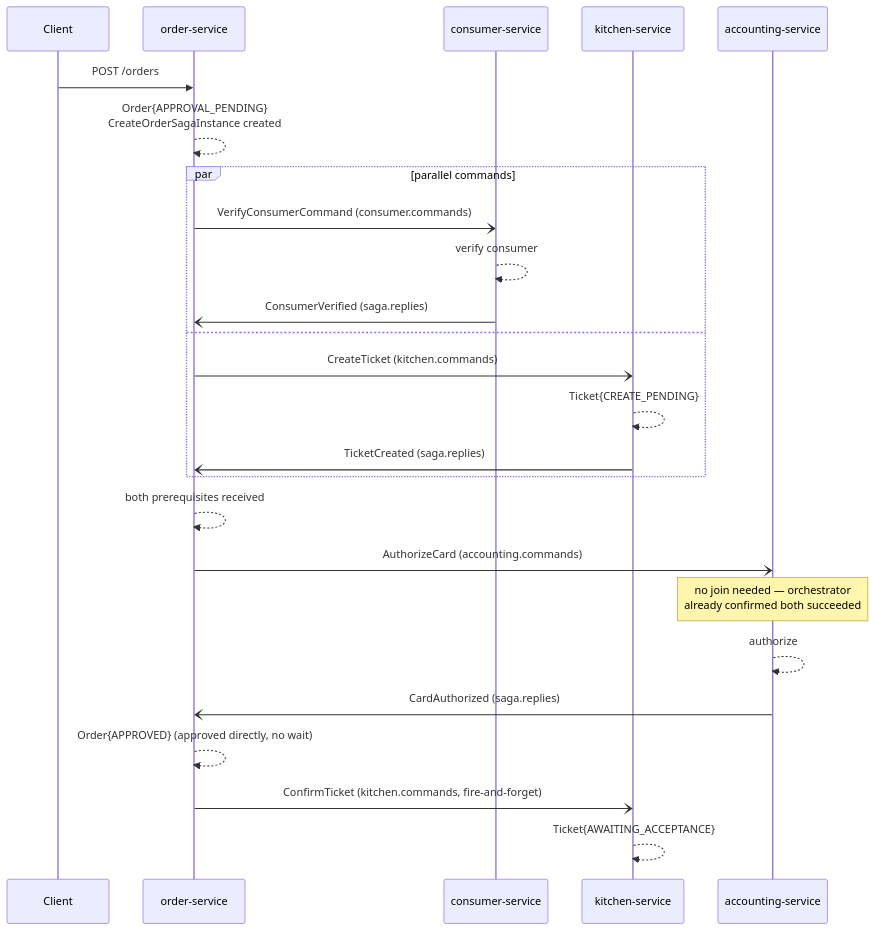
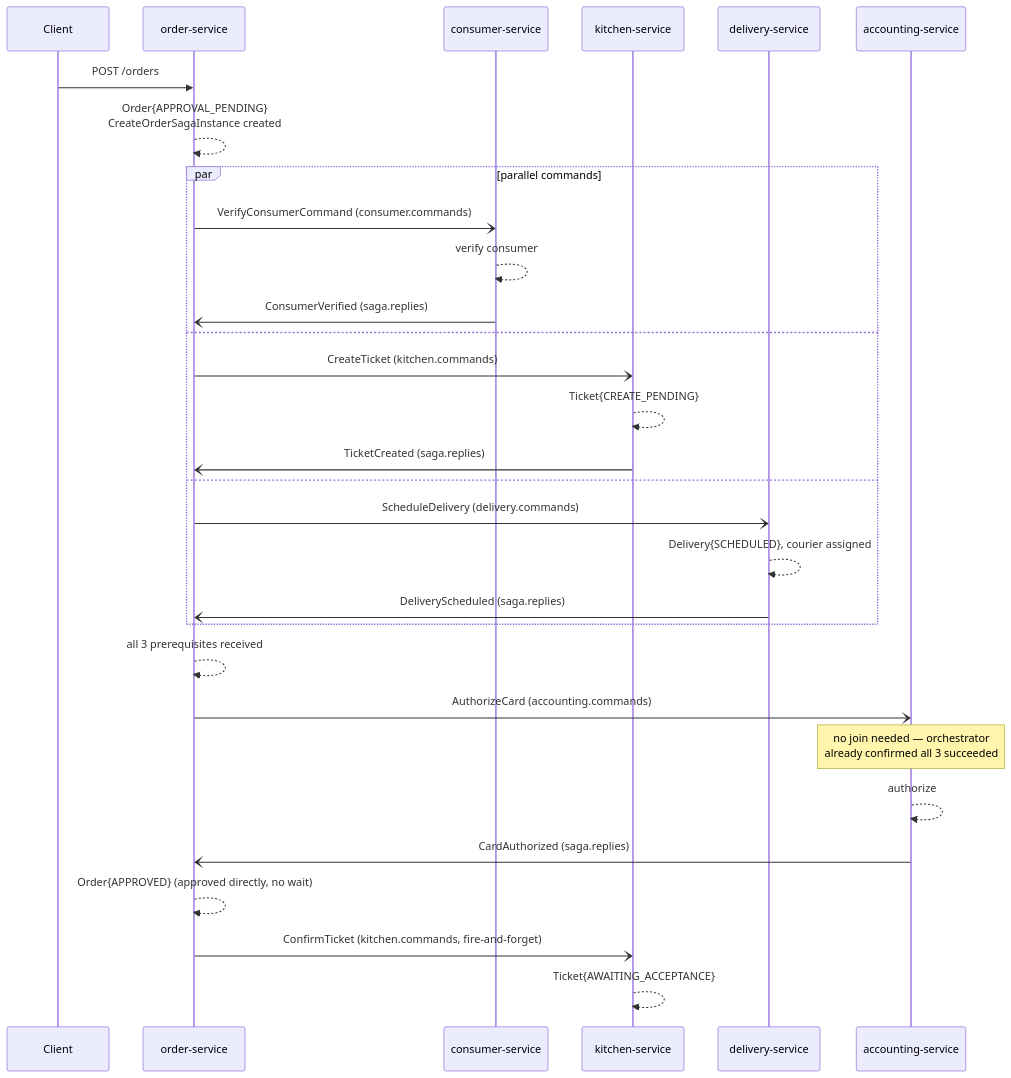
Before and after one commit to sanjaykpradhan10/my-food-to-go-app: the sixth of 22 diagrams in docs/ARCHITECTURE.md, drawn with Mermaid. The commit also changed other lines of this file and 5 other files, not shown here.

Commit message:
docs: document Delivery aggregate and saga participation across all touched services

````diff
--- a/docs/ARCHITECTURE.md
+++ b/docs/ARCHITECTURE.md
@@ -166,28 +210,33 @@
 ```mermaid
 sequenceDiagram
     participant C as Client
     participant O as order-service
     participant Con as consumer-service
     participant K as kitchen-service
+    participant D as delivery-service
     participant A as accounting-service
 
     C->>O: POST /orders
     O-->>O: Order{APPROVAL_PENDING}<br/>CreateOrderSagaInstance created
     par parallel commands
         O-)Con: VerifyConsumerCommand (consumer.commands)
         Con-->>Con: verify consumer
         Con-)O: ConsumerVerified (saga.replies)
     and
         O-)K: CreateTicket (kitchen.commands)
         K-->>K: Ticket{CREATE_PENDING}
         K-)O: TicketCreated (saga.replies)
+    and
+        O-)D: ScheduleDelivery (delivery.commands)
+        D-->>D: Delivery{SCHEDULED}, courier assigned
+        D-)O: DeliveryScheduled (saga.replies)
     end
-    O-->>O: both prerequisites received
+    O-->>O: all 3 prerequisites received
     O-)A: AuthorizeCard (accounting.commands)
-    Note over A: no join needed — orchestrator<br/>already confirmed both succeeded
+    Note over A: no join needed — orchestrator<br/>already confirmed all 3 succeeded
     A-->>A: authorize
     A-)O: CardAuthorized (saga.replies)
     O-->>O: Order{APPROVED}  (approved directly, no wait)
     O-)K: ConfirmTicket (kitchen.commands, fire-and-forget)
     K-->>K: Ticket{AWAITING_ACCEPTANCE}
 ```
````
